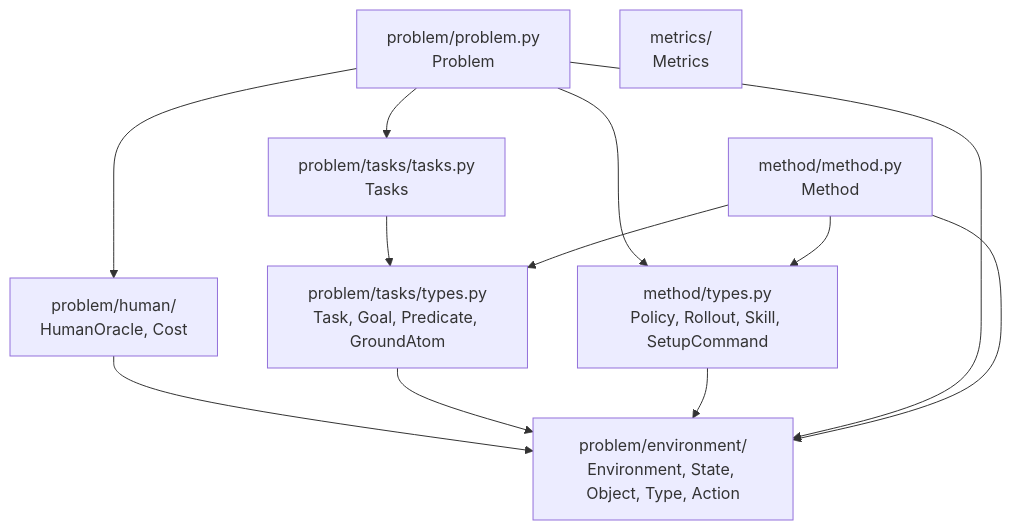
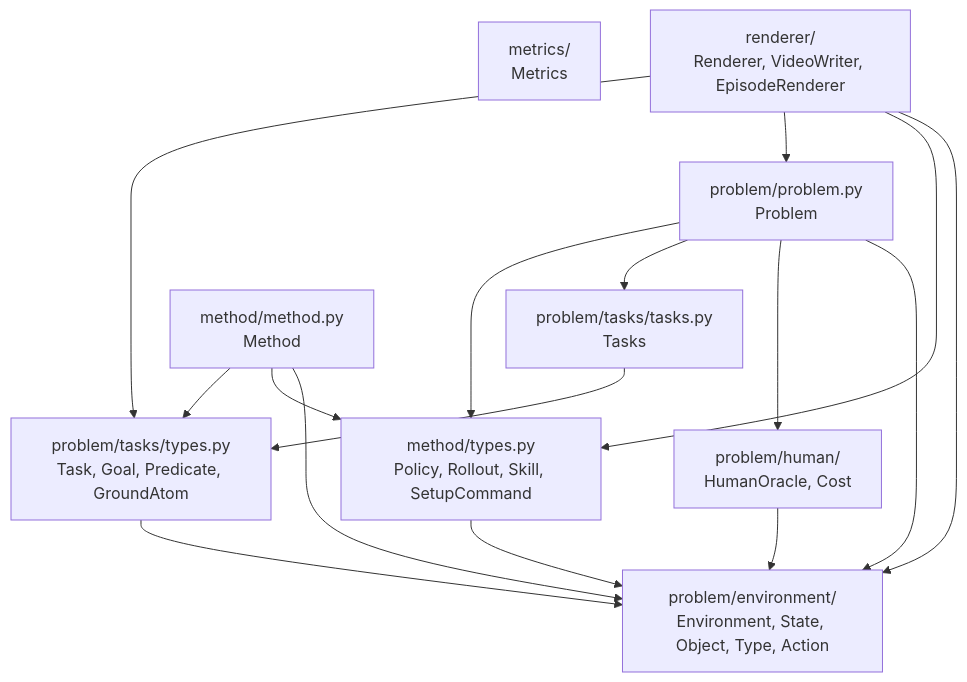
One commit to joshnroy/human-in-the-loop-practice-makes-perfect changed the diagram in src/hitl_pmp/core/README.md. Above: the diagram before and after it, drawn with Mermaid. The commit also changed other lines of this file and 16 other files, not shown here.

First line of the commit message:
Add a rendering framework (core) + Light Switch renderer + --output-dir (video + stats.json)

````diff
--- a/src/hitl_pmp/core/README.md
+++ b/src/hitl_pmp/core/README.md
@@ -223,23 +245,28 @@
 ```mermaid
 graph TD
     env["problem/environment/<br/>Environment, State, Object, Type, Action"]
     ho["problem/human/<br/>HumanOracle, Cost"]
     tasktypes["problem/tasks/types.py<br/>Task, Goal, Predicate, GroundAtom"]
     tasks["problem/tasks/tasks.py<br/>Tasks"]
     mtypes["method/types.py<br/>Policy, Rollout, Skill, SetupCommand"]
     problem["problem/problem.py<br/>Problem"]
     method["method/method.py<br/>Method"]
     metrics["metrics/<br/>Metrics"]
+    renderer["renderer/<br/>Renderer, VideoWriter, EpisodeRenderer"]
 
     ho --> env
     tasktypes --> env
     tasks --> tasktypes
     mtypes --> env
     problem --> env
     problem --> ho
     problem --> tasks
     problem --> mtypes
     method --> env
     method --> mtypes
     method --> tasktypes
+    renderer --> env
+    renderer --> mtypes
+    renderer --> problem
+    renderer --> tasktypes
 ```
````
